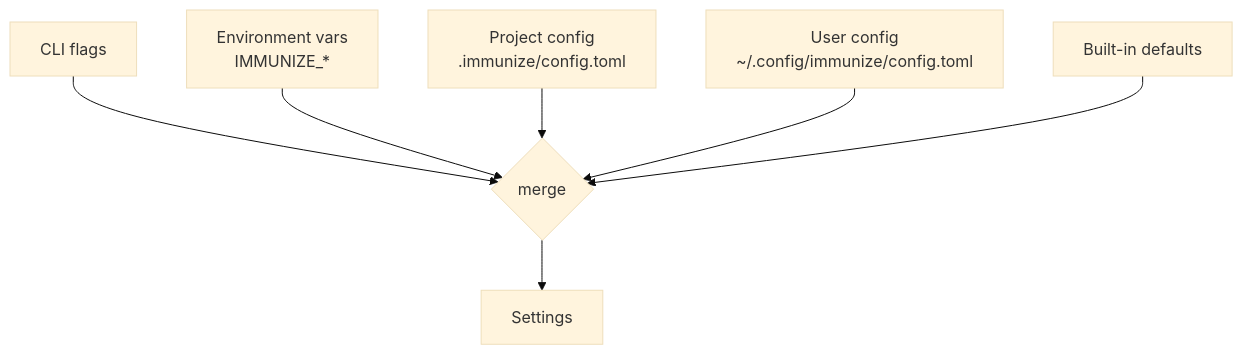
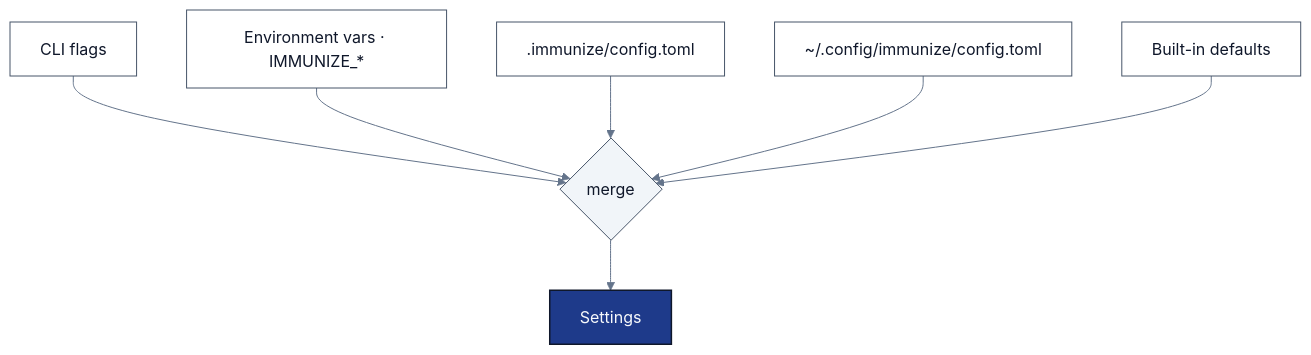
The tenth of 14 diagrams in README.md (viditkbhatnagar/immunize), drawn with Mermaid before and after one commit. The commit also changed other lines of this file, not shown here.

First line of the commit message:
Redesign README mermaid diagrams with corporate styling

````diff
--- a/README.md
+++ b/README.md
@@ -480,10 +544,14 @@
 ```mermaid
-%%{init: {'theme':'base'}}%%
+%%{init: {'theme':'base', 'themeVariables': {'fontFamily':'Inter, system-ui, -apple-system, sans-serif', 'primaryTextColor':'#0f172a', 'lineColor':'#64748b'}}}%%
 flowchart TB
-    A[CLI flags] --> M{merge}
-    B[Environment vars<br/>IMMUNIZE_*] --> M
-    C[Project config<br/>.immunize/config.toml] --> M
-    D[User config<br/>~/.config/immunize/config.toml] --> M
-    E[Built-in defaults] --> M
-    M --> S[Settings]
+    classDef src fill:#ffffff,stroke:#475569,stroke-width:1px,color:#0f172a
+    classDef merge fill:#f1f5f9,stroke:#475569,stroke-width:1px,color:#0f172a
+    classDef out fill:#1e3a8a,stroke:#0f172a,stroke-width:1.5px,color:#f8fafc
+
+    A["CLI flags"]:::src --> M{"merge"}:::merge
+    B["Environment vars · IMMUNIZE_*"]:::src --> M
+    C[".immunize/config.toml"]:::src --> M
+    D["~/.config/immunize/config.toml"]:::src --> M
+    E["Built-in defaults"]:::src --> M
+    M --> S["Settings"]:::out
 ```
````
